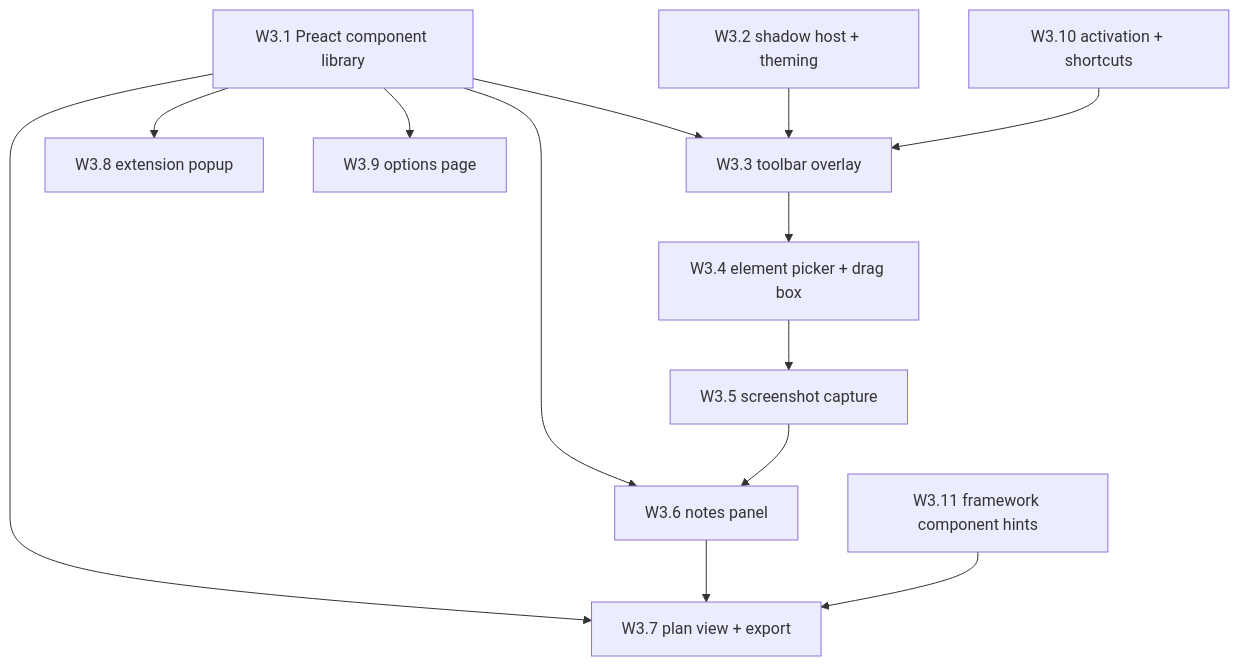
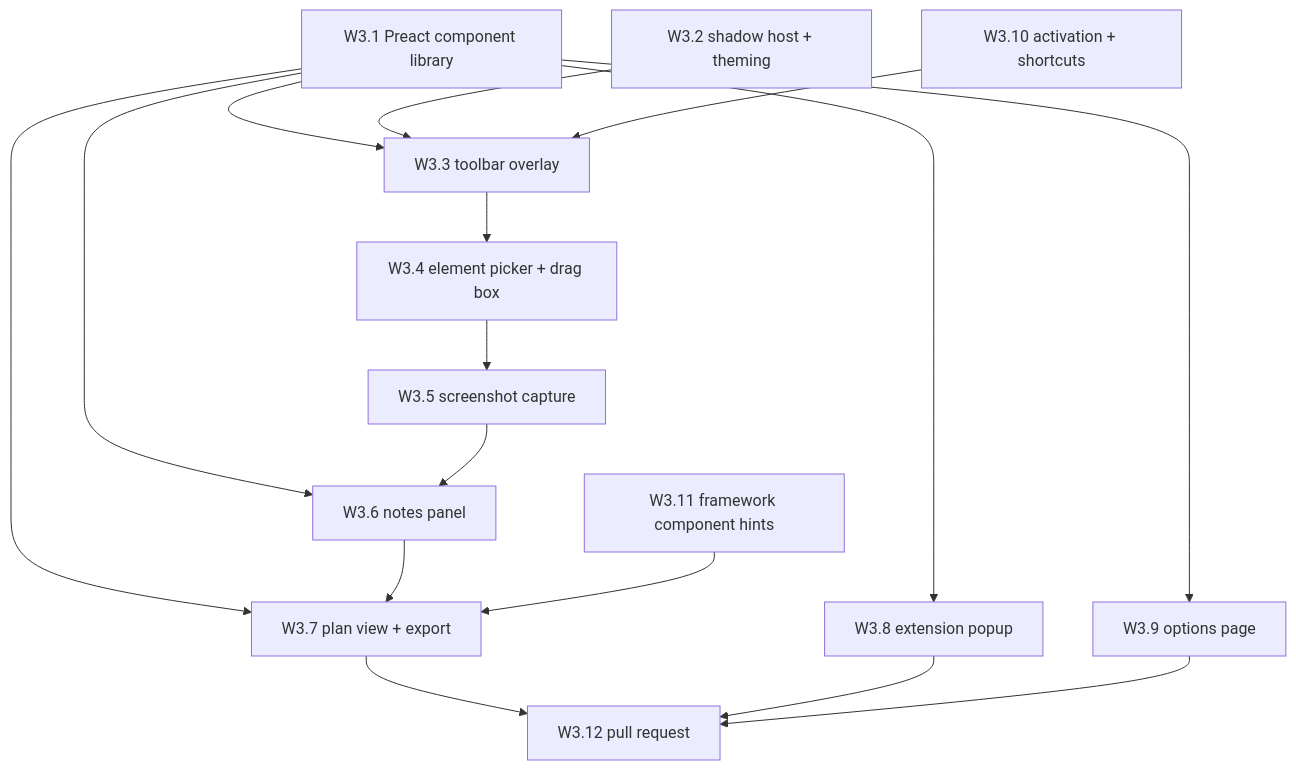
The diagram in docs/plans/wave-3-ui-and-capture.md (whizzzkid/point-and-shoot), drawn with Mermaid before and after one commit. The commit also changed other lines of this file and 4 other files, not shown here.

````diff
--- a/docs/plans/wave-3-ui-and-capture.md
+++ b/docs/plans/wave-3-ui-and-capture.md
@@ -31,27 +31,31 @@
 ```mermaid
-graph TD
+flowchart TD
   W31["W3.1 Preact component library"]
   W32["W3.2 shadow host + theming"]
   W33["W3.3 toolbar overlay"]
   W34["W3.4 element picker + drag box"]
   W35["W3.5 screenshot capture"]
   W36["W3.6 notes panel"]
   W37["W3.7 plan view + export"]
   W38["W3.8 extension popup"]
   W39["W3.9 options page"]
   W310["W3.10 activation + shortcuts"]
   W311["W3.11 framework component hints"]
+  W312["W3.12 pull request"]
 
   W31 --> W33
   W31 --> W36
   W31 --> W37
   W31 --> W38
   W31 --> W39
   W32 --> W33
   W33 --> W34
   W34 --> W35
   W35 --> W36
   W36 --> W37
   W311 --> W37
   W310 --> W33
+  W37 --> W312
+  W38 --> W312
+  W39 --> W312
 ```
````
